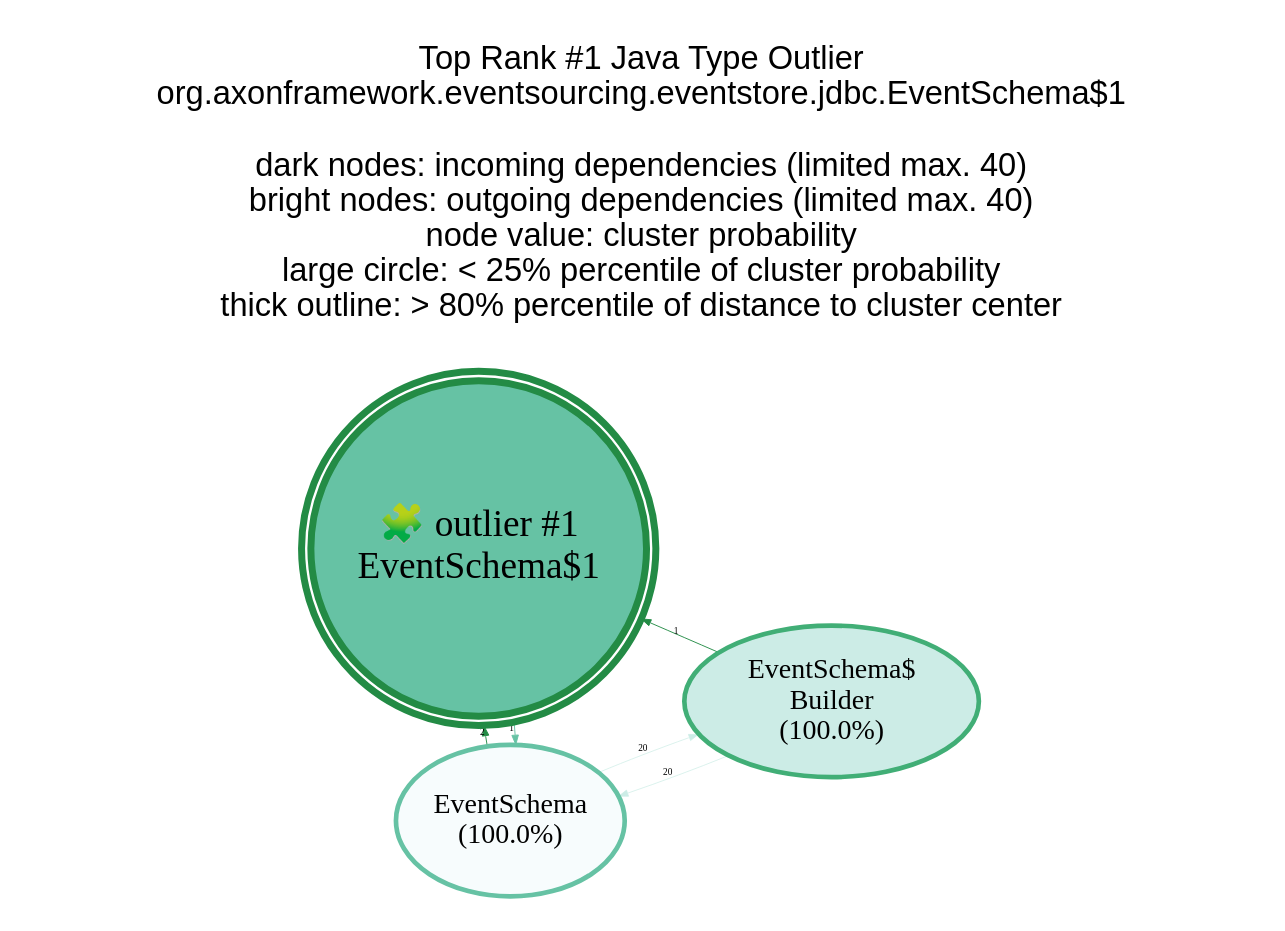
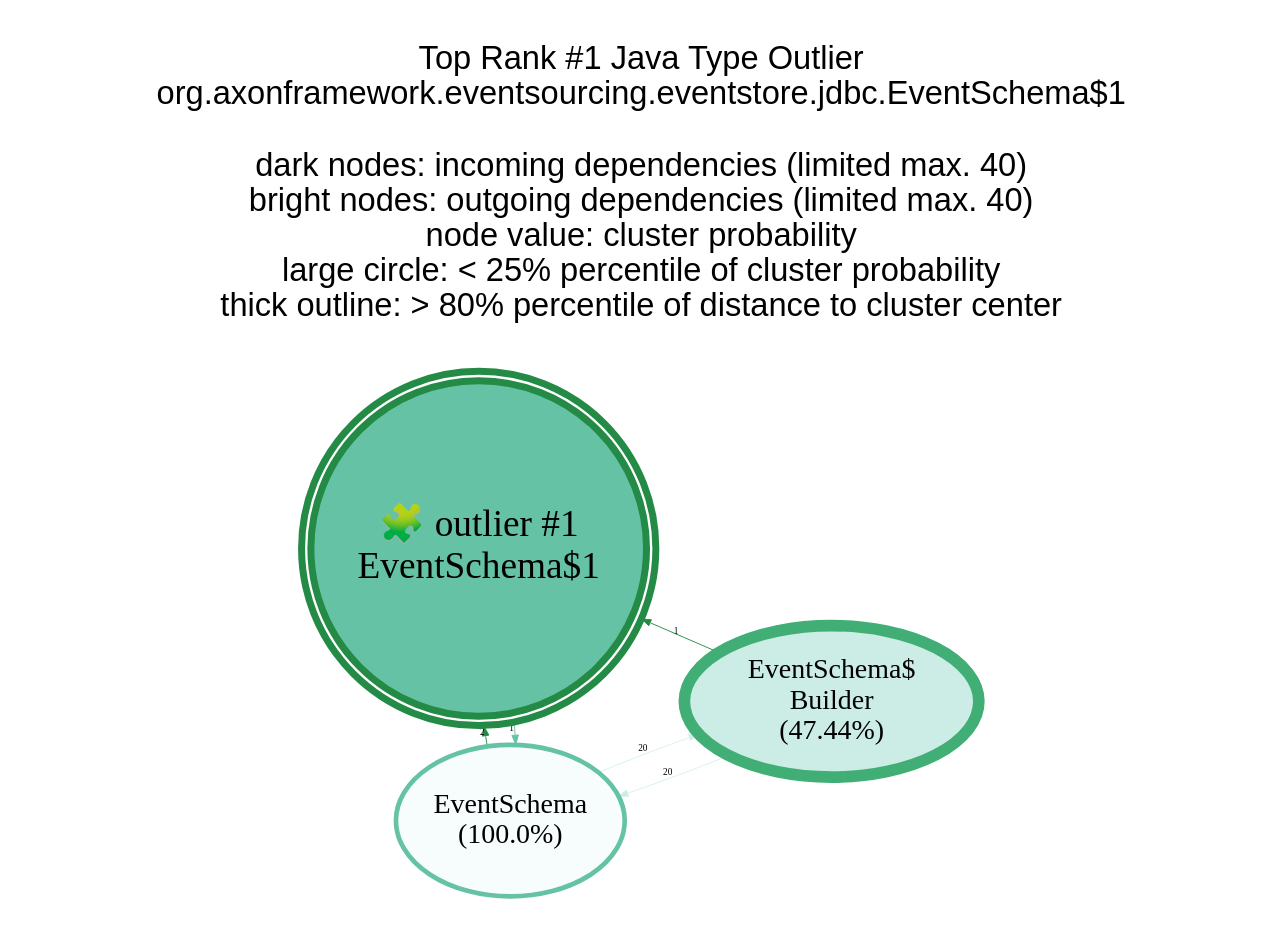
Before and after one commit to JohT/code-graph-analysis-examples: the diagram in analysis-results/AxonFramework/latest/anomaly-detection/Java_Type/GraphVisualizations/graphviz/TopOutlier1.gv, drawn with Graphviz. The commit also changed 663 other files, not shown here.

```diff
--- a/analysis-results/AxonFramework/latest/anomaly-detection/Java_Type/GraphVisualizations/graphviz/TopOutlier1.gv
+++ b/analysis-results/AxonFramework/latest/anomaly-detection/Java_Type/GraphVisualizations/graphviz/TopOutlier1.gv
@@ -1,22 +1,22 @@
 // This GraphViz dot file was generated by the script convertQueryResultCsvToGraphVizDotFile.sh with TopCentral.template
 
 strict digraph TopOutlier1 {
     graph [layout = "fdp"; start = "7"; splines = "spline"; pad = "0.8,0.1"; outputorder = "edgesfirst";];
     graph [fontname = "Helvetica,Arial,sans-serif"; labelloc = "t";];
     node [colorscheme = "bugn9"; color = 6; fillcolor = 3;];
     edge [colorscheme = "bugn9"; color = 7;];
     node [fontsize = 12; style = "filled"; margin = "0.03,0.03"; width="1.3"; height="0.9";];
     edge [fontsize = 4; arrowsize = "0.4";];
 
     central [shape = "doublecircle"; height = "2.0"; margin = "0.000001,0.000001";];
     central [fontsize = 16;];
     central [color = 7; fillcolor = 5; penwidth = 3;];
 
 	graph   [label="Top Rank #1 Java Type Outlier\norg.axonframework.eventsourcing.eventstore.jdbc.EventSchema$1\n\ndark nodes: incoming dependencies (limited max. 40)\nbright nodes: outgoing dependencies (limited max. 40)\nnode value: cluster probability\nlarge circle: < 25% percentile of cluster probability\nthick outline: > 80% percentile of distance to cluster center\n\n"];
 	central [label="🧩 outlier #1\nEventSchema$1"];
 	"EventSchema_10979"  [label = "EventSchema\n(100.0%)"; penwidth = 2; ]; "EventSchema_10979" -> central [label=2; weight=2; penwidth=0.4];
-	"EventSchema$Builder_10981"  [label = "EventSchema$\nBuilder\n(100.0%)"; penwidth = 2; ]; "EventSchema$Builder_10981" -> central [label=1; weight=1; penwidth=0.4];
+	"EventSchema$Builder_10981"  [label = "EventSchema$\nBuilder\n(47.44%)"; penwidth = 5; ]; "EventSchema$Builder_10981" -> central [label=1; weight=1; penwidth=0.4];
 	"EventSchema_10979"  [label = "EventSchema\n(100.0%)"; penwidth = 2; color = 5; fillcolor = 1; ]; central -> "EventSchema_10979" [label=1; weight=1; penwidth=0.4; color = 5];
 	"EventSchema_10979" -> "EventSchema$Builder_10981" [label=20; weight=20; penwidth=0.3; color = 3]
 	"EventSchema$Builder_10981" -> "EventSchema_10979" [label=20; weight=20; penwidth=0.3; color = 3]
 }
```
